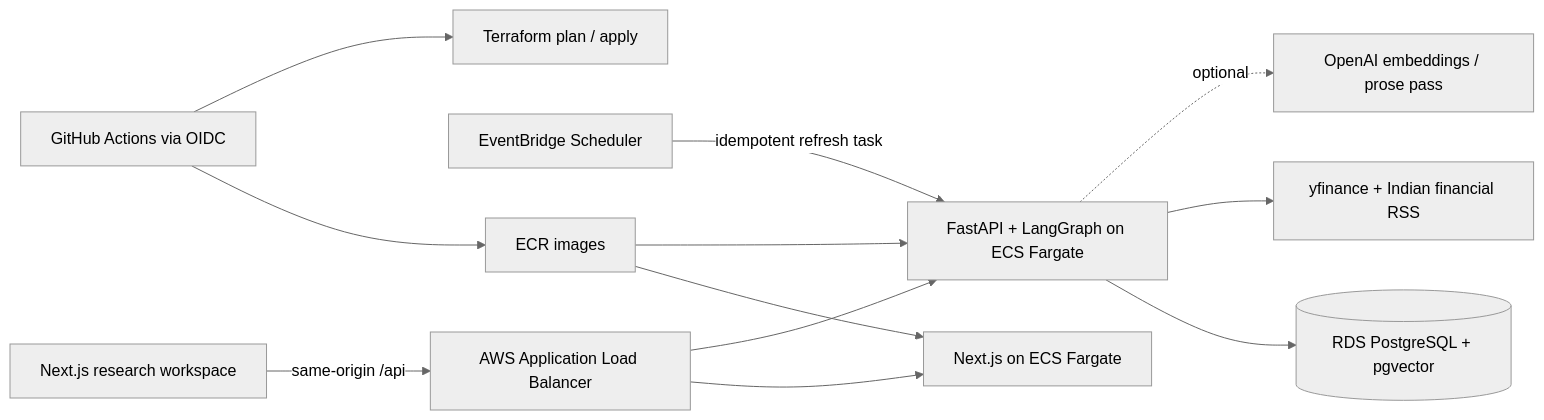
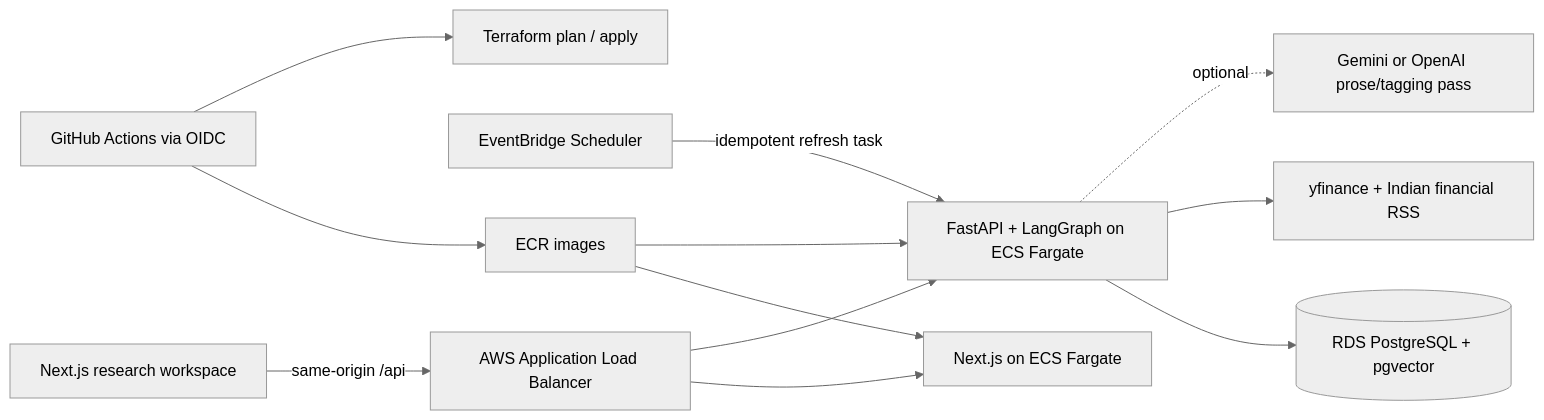
Before and after one commit to palani1492/artha-indian-equity-analyst: the diagram in README.md, drawn with Mermaid (neutral theme). The commit also changed other lines of this file and 33 other files, not shown here.

````diff
--- a/README.md
+++ b/README.md
@@ -52,14 +55,14 @@
 ```mermaid
 flowchart LR
   Browser["Next.js research workspace"] -->|"same-origin /api"| ALB["AWS Application Load Balancer"]
   ALB --> Web["Next.js on ECS Fargate"]
   ALB --> API["FastAPI + LangGraph on ECS Fargate"]
   API --> DB[("RDS PostgreSQL + pgvector")]
   API --> Sources["yfinance + Indian financial RSS"]
-  API -. optional .-> OpenAI["OpenAI embeddings / prose pass"]
+  API -. optional .-> AI["Gemini or OpenAI prose/tagging pass"]
   Scheduler["EventBridge Scheduler"] -->|"idempotent refresh task"| API
   GHA["GitHub Actions via OIDC"] --> ECR["ECR images"]
   GHA --> Terraform["Terraform plan / apply"]
   ECR --> Web
   ECR --> API
 ```
````
